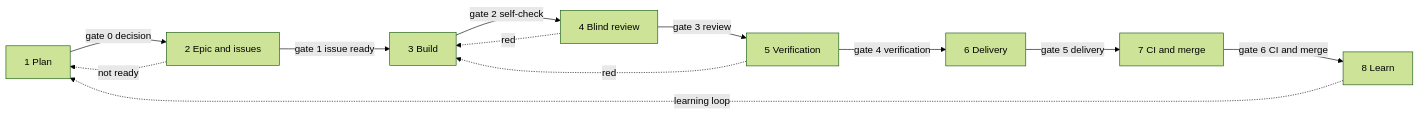
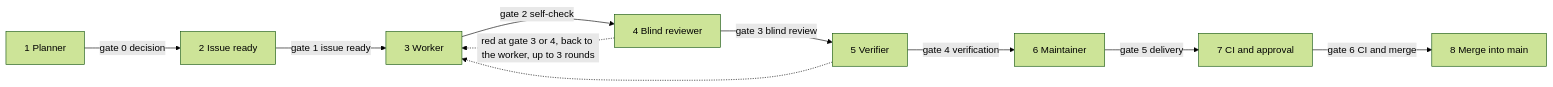
Before and after one commit to bogd3v/micelio-engineering: the diagram in docs/factory.md, drawn with Mermaid (forest theme). The commit also changed other lines of this file and 7 other files, not shown here.

First line of the commit message:
docs(factory): apply the blind reviews and the verification

````diff
--- a/docs/factory.md
+++ b/docs/factory.md
@@ -11,14 +11,12 @@
 ```mermaid
 flowchart LR
-  S1[1 Plan] -->|gate 0 decision| S2[2 Epic and issues]
-  S2 -->|gate 1 issue ready| S3[3 Build]
-  S3 -->|gate 2 self-check| S4[4 Blind review]
-  S4 -->|gate 3 review| S5[5 Verification]
-  S5 -->|gate 4 verification| S6[6 Delivery]
-  S6 -->|gate 5 delivery| S7[7 CI and merge]
-  S7 -->|gate 6 CI and merge| S8[8 Learn]
-  S8 -.->|learning loop| S1
-  S4 -. red .-> S3
-  S5 -. red .-> S3
-  S2 -. not ready .-> S1
+  S1[1 Planner] -->|gate 0 decision| S2[2 Issue ready]
+  S2 -->|gate 1 issue ready| S3[3 Worker]
+  S3 -->|gate 2 self-check| S4[4 Blind reviewer]
+  S4 -->|gate 3 blind review| S5[5 Verifier]
+  S5 -->|gate 4 verification| S6[6 Maintainer]
+  S6 -->|gate 5 delivery| S7[7 CI and approval]
+  S7 -->|gate 6 CI and merge| S8[8 Merge into main]
+  S4 -. red at gate 3 or 4, back to the worker, up to 3 rounds .-> S3
+  S5 -.-> S3
 ```
````
